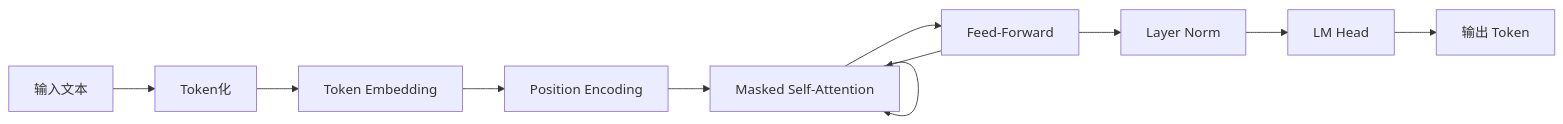
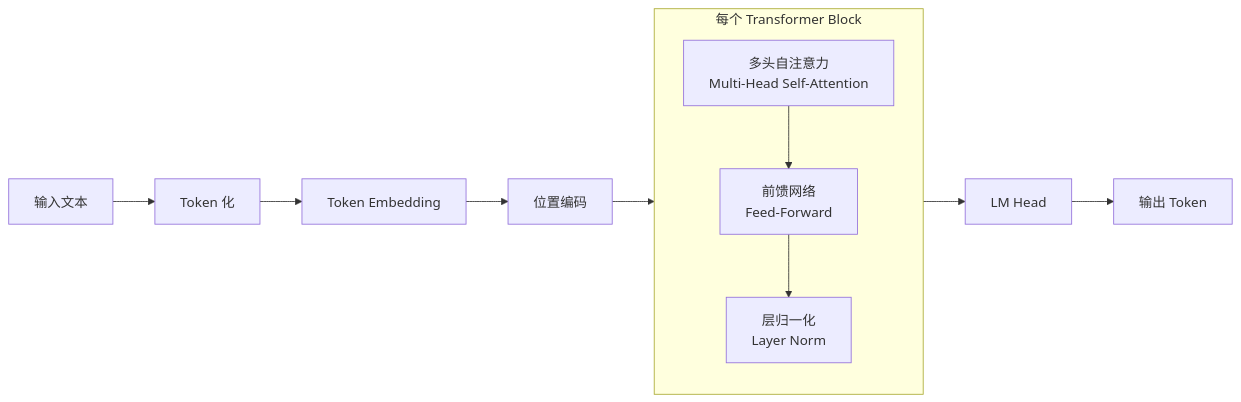
Before and after one commit to noisystreet/agent_keytech: the second of 2 diagrams in source/chapter_01_foundations/01_llm_basics.rst, drawn with Mermaid. The commit also changed other lines of this file and 1 other file, not shown here.

```diff
--- a/source/chapter_01_foundations/01_llm_basics.rst
+++ b/source/chapter_01_foundations/01_llm_basics.rst
@@ -32,13 +224,15 @@
 .. mermaid::
 
    flowchart LR
-       Input[输入文本] --> Tokenize[Token化]
+       Input[输入文本] --> Tokenize[Token 化]
        Tokenize --> Embed[Token Embedding]
-       Embed --> Pos[Position Encoding]
-       Pos --> Attn[Masked Self-Attention]
-       Attn --> FFN[Feed-Forward]
-       FFN --> Norm[Layer Norm]
-       Norm --> LM[LM Head]
+       Embed --> Pos[位置编码]
+       Pos --> Block[Transformer Block ×N]
+       Block --> LM[LM Head]
        LM --> Output[输出 Token]
-       Attn --> Attn
-       FFN --> Attn
+
+       subgraph Block [每个 Transformer Block]
+           direction TB
+           MHA[多头自注意力<br>Multi-Head Self-Attention] --> FFN[前馈网络<br>Feed-Forward]
+           FFN --> Norm[层归一化<br>Layer Norm]
+       end
```
